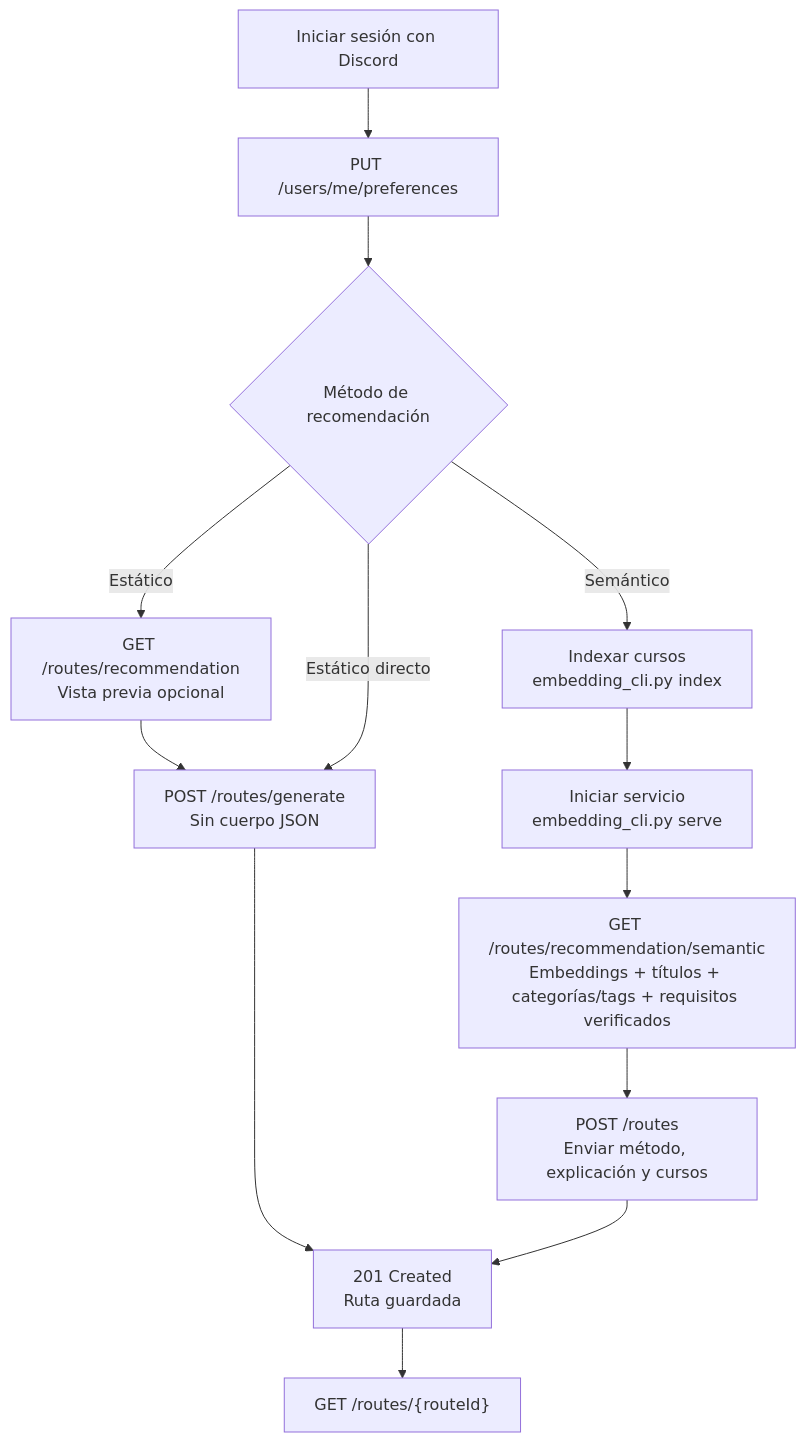
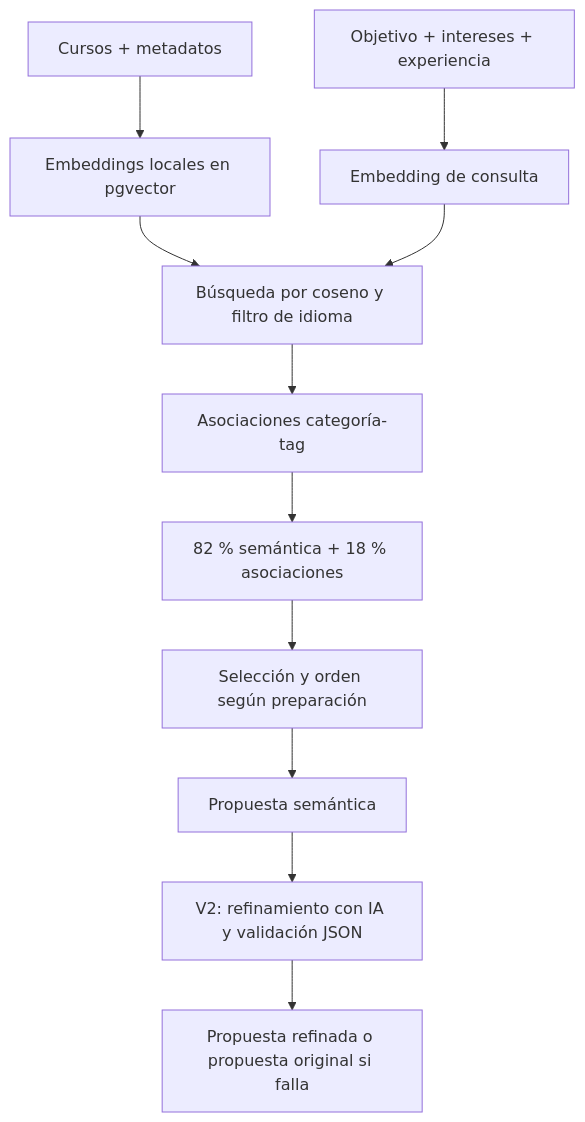
Before and after one commit to optarys-dev/learning-path: the diagram in backend/README.md, drawn with Mermaid. The commit also changed other lines of this file and 40 other files, not shown here.

````diff
--- a/backend/README.md
+++ b/backend/README.md
@@ -51,15 +188,13 @@
 ```mermaid
 flowchart TD
-    A["Iniciar sesión con Discord"] --> B["PUT /users/me/preferences"]
-    B --> C{"Método de recomendación"}
-    C -->|Estático| D["GET /routes/recommendation<br/>Vista previa opcional"]
-    D --> E["POST /routes/generate<br/>Sin cuerpo JSON"]
-    C -->|Estático directo| E
-    C -->|Semántico| F["Indexar cursos<br/>embedding_cli.py index"]
-    F --> G["Iniciar servicio<br/>embedding_cli.py serve"]
-    G --> H["GET /routes/recommendation/semantic<br/>Embeddings + títulos + categorías/tags + requisitos verificados"]
-    H --> I["POST /routes<br/>Enviar método, explicación y cursos"]
-    E --> J["201 Created<br/>Ruta guardada"]
-    I --> J
-    J --> K["GET /routes/{routeId}"]
+    C["Cursos + metadatos"] --> E["Embeddings locales en pgvector"]
+    P["Objetivo + intereses + experiencia"] --> Q["Embedding de consulta"]
+    E --> S["Búsqueda por coseno y filtro de idioma"]
+    Q --> S
+    S --> G["Asociaciones categoría-tag"]
+    G --> R["82 % semántica + 18 % asociaciones"]
+    R --> O["Selección y orden según preparación"]
+    O --> V1["Propuesta semántica"]
+    V1 --> AI["V2: refinamiento con IA y validación JSON"]
+    AI --> V2["Propuesta refinada o propuesta original si falla"]
 ```
````
